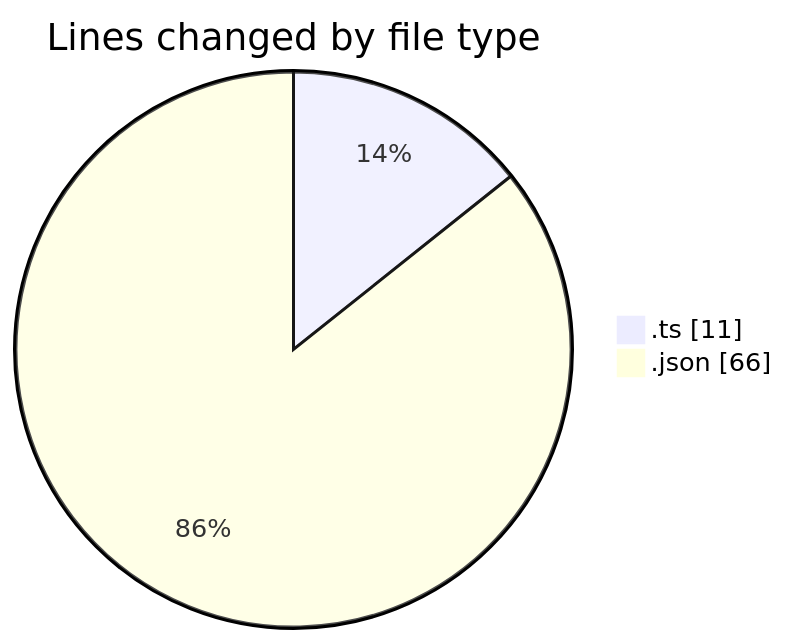
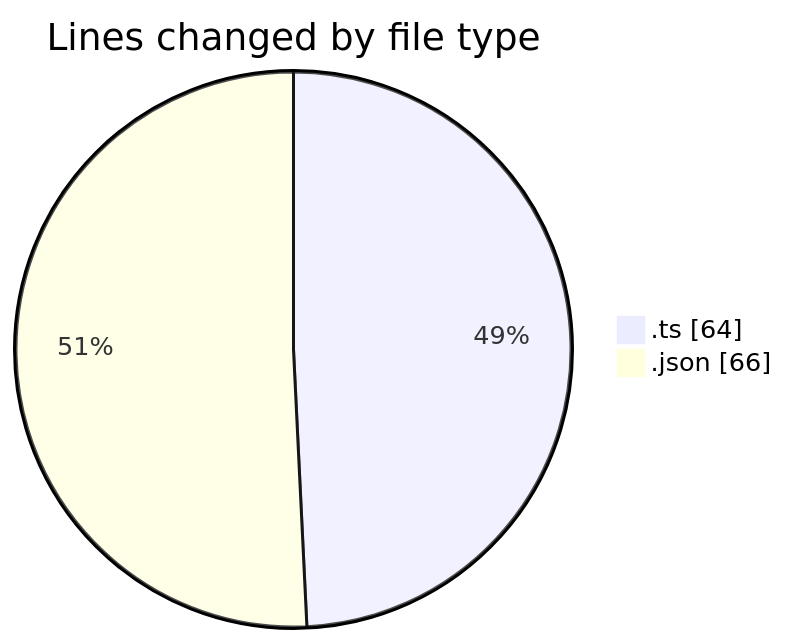
One commit to tmsrecording-cyber/code-tracking changed the first of 2 diagrams in 2026-02-05/singularitybrainai/README.md. Above: the diagram before and after it, drawn with Mermaid. The commit also changed other lines of this file and 1 other file, not shown here.

````diff
--- a/2026-02-05/singularitybrainai/README.md
+++ b/2026-02-05/singularitybrainai/README.md
@@ -21,6 +21,6 @@
 ```mermaid
 pie showData
 title Lines changed by file type
-".ts" : 11
+".ts" : 64
 ".json" : 66
 ```
````
